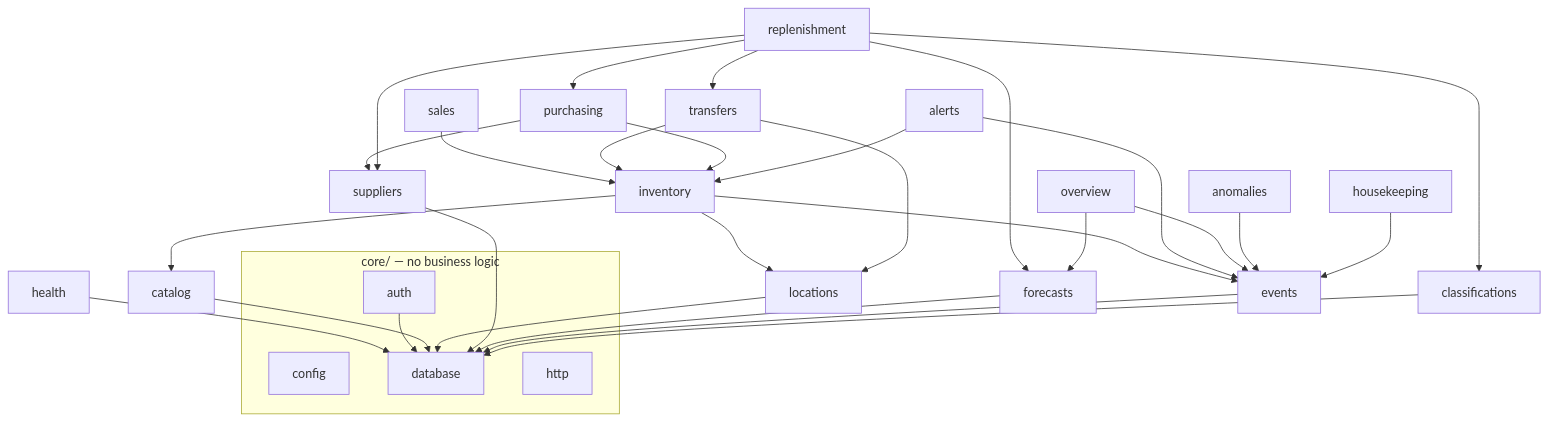
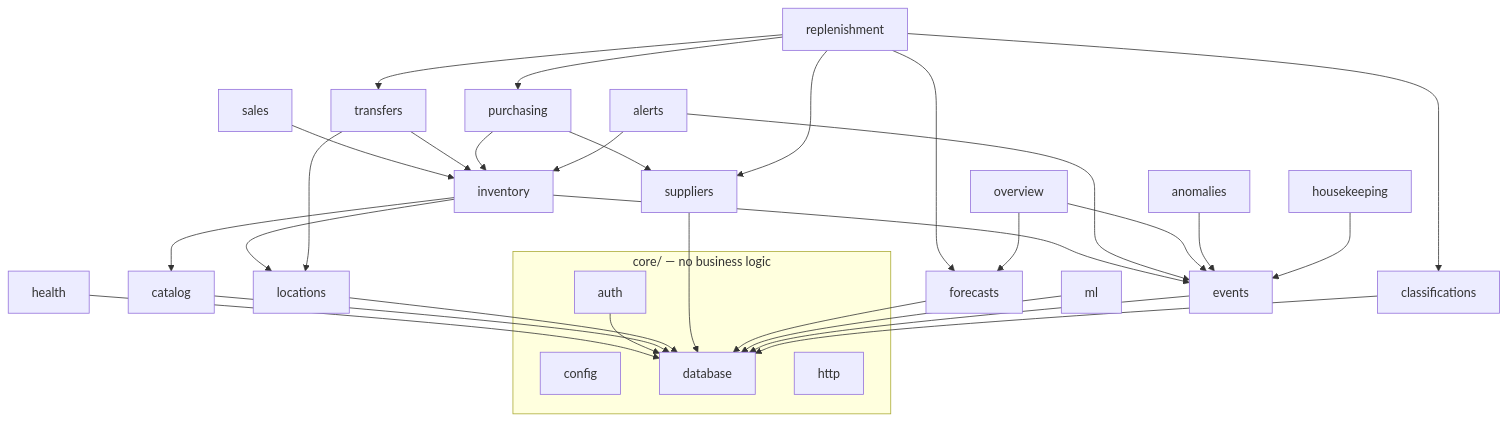
Before and after one commit to Hirockpaul/RetailPulse: the second of 6 diagrams in docs/ARCHITECTURE.md, drawn with Mermaid. The commit also changed other lines of this file and 33 other files, not shown here.

````diff
--- a/docs/ARCHITECTURE.md
+++ b/docs/ARCHITECTURE.md
@@ -69,23 +69,24 @@
 ```mermaid
 flowchart TB
   subgraph core[core/ — no business logic]
     config & database & http & auth
   end
   health --> database
   auth --> database
   catalog --> database
   locations --> database
   inventory --> catalog & locations & events
   sales --> inventory
   transfers --> inventory & locations
   purchasing --> inventory & suppliers
   suppliers --> database
   forecasts --> database
+  ml --> database
   replenishment --> forecasts & purchasing & transfers & suppliers & classifications
   events --> database
   alerts --> events & inventory
   overview --> forecasts & events
   anomalies --> events
   classifications --> database
   housekeeping --> events
 ```
````
